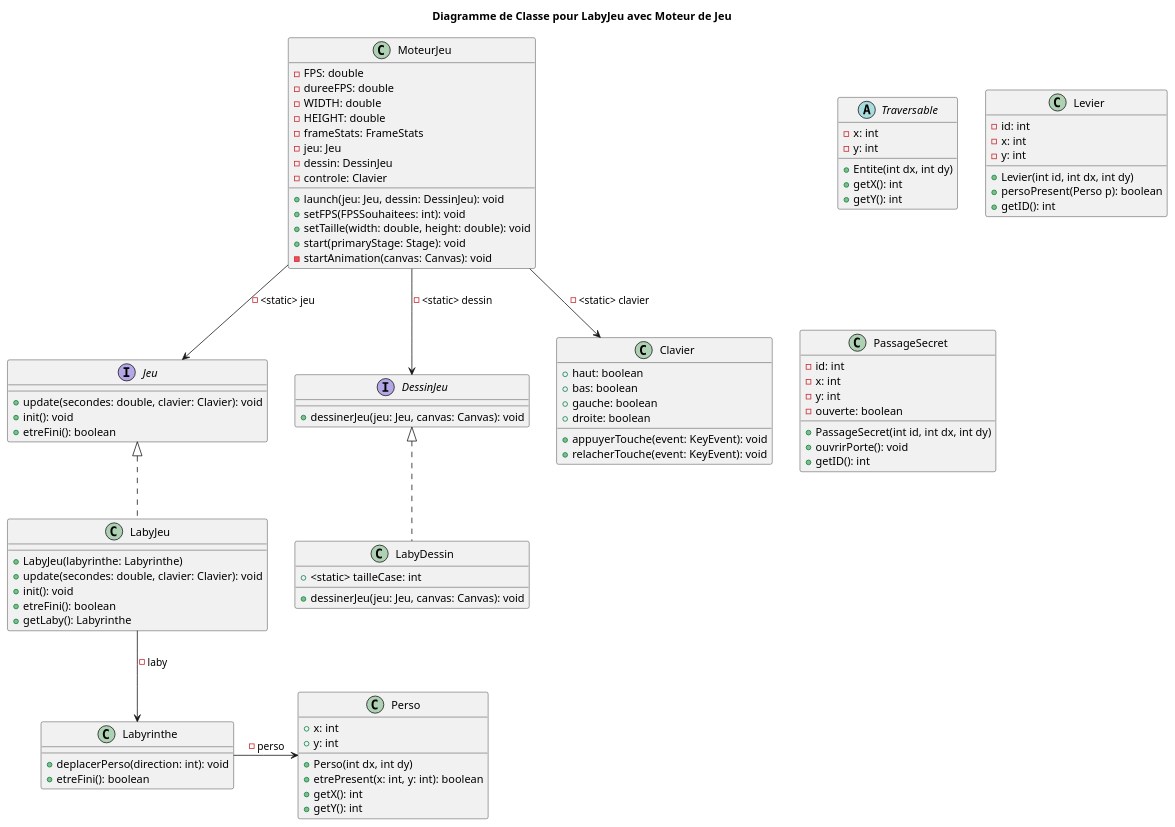
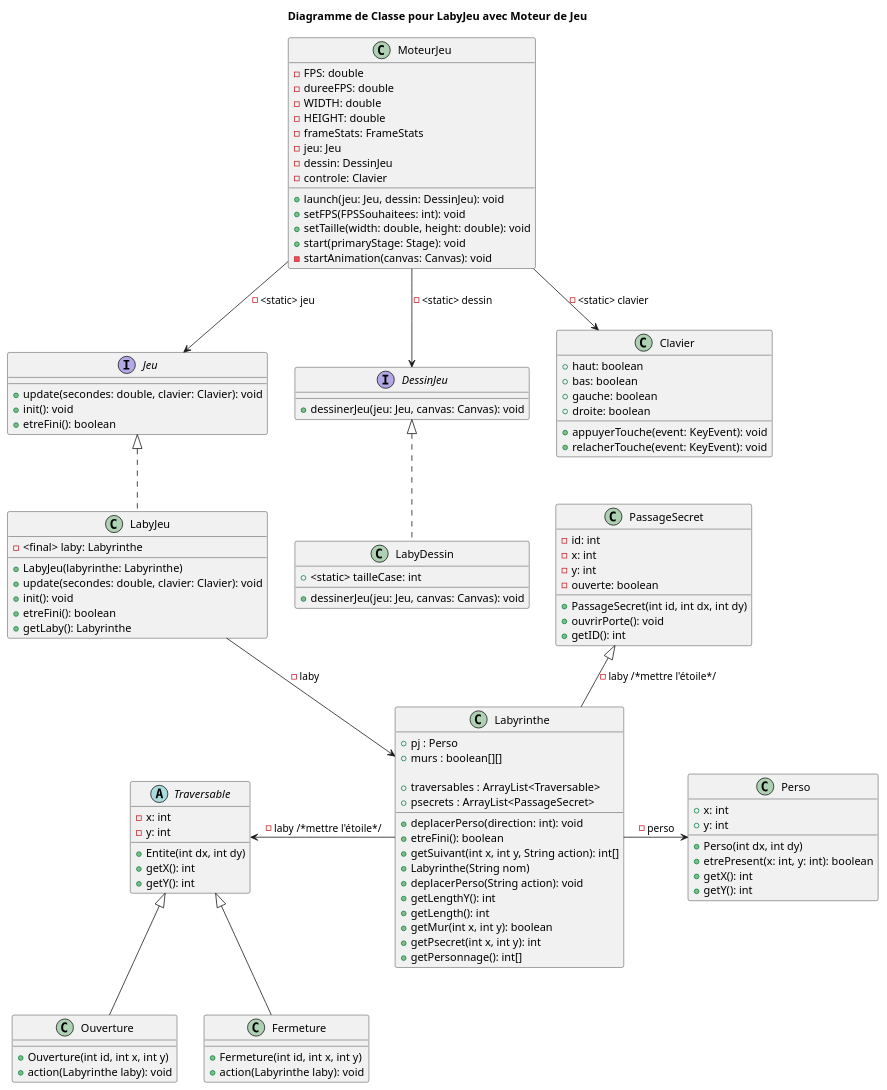
The diagram in zeldiablo/src/gameLaby/Fonctionnement_Diag.puml (adrienMGN/2024_Zeldiablo_mangin225u_dewasch2u_favier36u_fontaine_noel332u), drawn with PlantUML before and after one commit. The commit also changed 1 other file, not shown here.

Commit message:
update diag uml

```diff
--- a/zeldiablo/src/gameLaby/Fonctionnement_Diag.puml
+++ b/zeldiablo/src/gameLaby/Fonctionnement_Diag.puml
@@ -1,101 +1,135 @@
 @startuml
 title Diagramme de Classe pour LabyJeu avec Moteur de Jeu
 
 interface Jeu {
     +update(secondes: double, clavier: Clavier): void
     +init(): void
     +etreFini(): boolean
 }
 
 interface DessinJeu {
     +dessinerJeu(jeu: Jeu, canvas: Canvas): void
 }
 
 class LabyJeu {
+    - <final> laby: Labyrinthe
+
     +LabyJeu(labyrinthe: Labyrinthe)
     +update(secondes: double, clavier: Clavier): void
     +init(): void
     +etreFini(): boolean
     +getLaby(): Labyrinthe
 }
 
 class LabyDessin {
     +<static> tailleCase: int
     +dessinerJeu(jeu: Jeu, canvas: Canvas): void
 }
 
 class Labyrinthe {
+'    + <static final> MUR = 'X' : String
+'    + <static final> PJ = 'P' : String
+'    + <static final> VIDE = '.' : String
+'    + <static final> OUVERTURE = 'O' : String
+'    + <static final> FERMETURE = 'F' : String
+'    + <static final> PSECRET = 'H' : String
+'
+'    + <static final> HAUT = 'Haut' : String
+'    + <static final> BAS = 'Bas' : String
+'    + <static final> GAUCHE = 'Gauche' : String
+'    + <static final> DROITE = 'Droite' : String
+
+    +pj : Perso
+    +murs : boolean[][]
+
+    +traversables : ArrayList<Traversable>
+    +psecrets : ArrayList<PassageSecret>
+
     +deplacerPerso(direction: int): void
     +etreFini(): boolean
+    +getSuivant(int x, int y, String action): int[]
+    +Labyrinthe(String nom)
+    +deplacerPerso(String action): void
+    +getLengthY(): int
+    +getLength(): int
+    +getMur(int x, int y): boolean
+    +getPsecret(int x, int y): int
+    +getPersonnage(): int[]
 }
 
 class Clavier {
     +haut: boolean
     +bas: boolean
     +gauche: boolean
     +droite: boolean
     +appuyerTouche(event: KeyEvent): void
     +relacherTouche(event: KeyEvent): void
 }
 
 class MoteurJeu {
     -FPS: double
     -dureeFPS: double
     -WIDTH: double
     -HEIGHT: double
     -frameStats: FrameStats
     -jeu: Jeu
     -dessin: DessinJeu
     -controle: Clavier
     +launch(jeu: Jeu, dessin: DessinJeu): void
     +setFPS(FPSSouhaitees: int): void
     +setTaille(width: double, height: double): void
     +start(primaryStage: Stage): void
     -startAnimation(canvas: Canvas): void
 }
 
 class Perso {
     +x: int
     +y: int
     +Perso(int dx, int dy)
     +etrePresent(x: int, y: int): boolean
     +getX(): int
     +getY(): int
 }
 
 abstract class Traversable {
     -x: int
     -y: int
     +Entite(int dx, int dy)
     +getX(): int
     +getY(): int
 }
 
-class Levier {
-    -id: int
-    -x: int
-    -y: int
-    +Levier(int id, int dx, int dy)
-    +persoPresent(Perso p): boolean
-    +getID(): int
-}
-
 class PassageSecret{
     -id: int
     -x: int
     -y: int
     -ouverte: boolean
     +PassageSecret(int id, int dx, int dy)
     +ouvrirPorte(): void
     +getID(): int
 }
 
+class Ouverture{
+    +Ouverture(int id, int x, int y)
+    +action(Labyrinthe laby): void
+}
+
+class Fermeture{
+    +Fermeture(int id, int x, int y)
+    +action(Labyrinthe laby): void
+}
+
 Jeu <|.. LabyJeu
 LabyJeu --> Labyrinthe : -laby
 MoteurJeu --> Jeu : -<static> jeu
 MoteurJeu --> DessinJeu : -<static> dessin
 MoteurJeu --> Clavier : -<static> clavier
 DessinJeu <|.. LabyDessin
 Labyrinthe -> Perso : -perso
+PassageSecret <|-- Labyrinthe : -laby /*mettre l'étoile*/
+Traversable <- Labyrinthe : -laby /*mettre l'étoile*/
+ Traversable <|-- Ouverture
+ Traversable <|-- Fermeture
+
 
 @enduml
```
